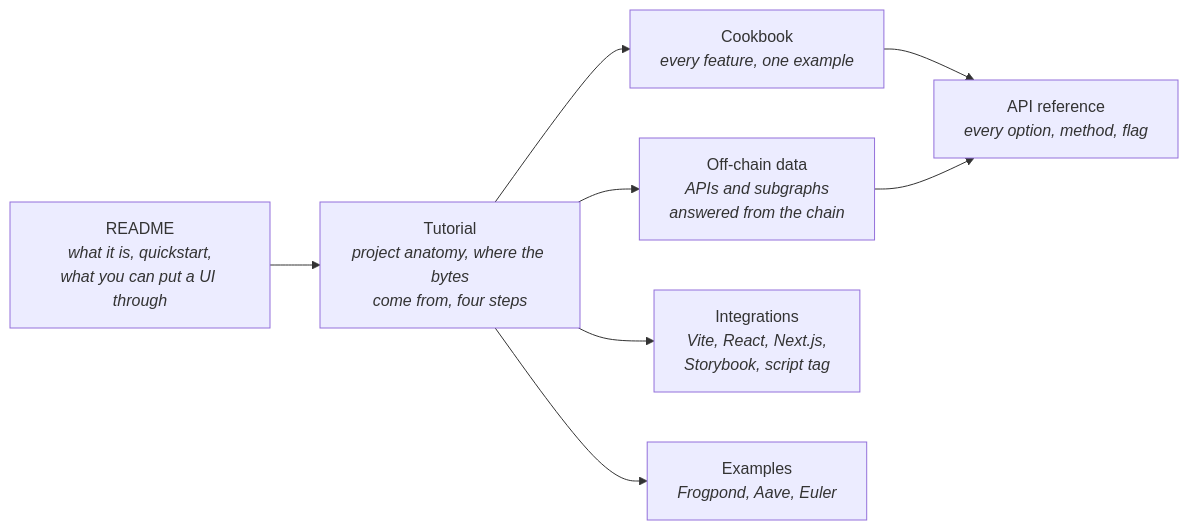
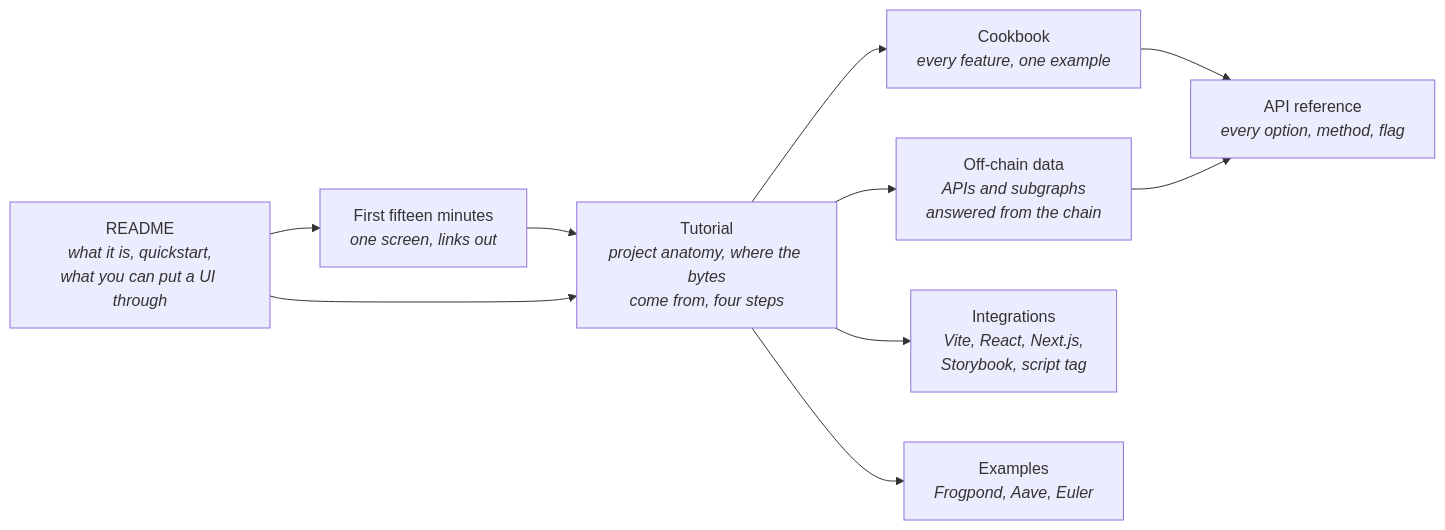
The diagram in docs/README.md (damarnez/terrarium), drawn with Mermaid before and after one commit. The commit also changed other lines of this file and 3 other files, not shown here.

Commit message:
Docs: a one-screen first-fifteen-minutes page; the tutorial's step 1 opens with the fetch / record / import decision rule

````diff
--- a/docs/README.md
+++ b/docs/README.md
@@ -8,10 +8,12 @@
 ```mermaid
 flowchart LR
-  readme["README<br/><i>what it is, quickstart,<br/>what you can put a UI through</i>"] --> tut["Tutorial<br/><i>project anatomy, where the bytes<br/>come from, four steps</i>"]
+  readme["README<br/><i>what it is, quickstart,<br/>what you can put a UI through</i>"] --> first["First fifteen minutes<br/><i>one screen, links out</i>"]
+  first --> tut["Tutorial<br/><i>project anatomy, where the bytes<br/>come from, four steps</i>"]
+  readme --> tut
   tut --> http["Off-chain data<br/><i>APIs and subgraphs<br/>answered from the chain</i>"]
   tut --> cook["Cookbook<br/><i>every feature, one example</i>"]
   tut --> integ["Integrations<br/><i>Vite, React, Next.js,<br/>Storybook, script tag</i>"]
   cook --> api["API reference<br/><i>every option, method, flag</i>"]
   http --> api
   tut --> ex["Examples<br/><i>Frogpond, Aave, Euler</i>"]
 ```
````
